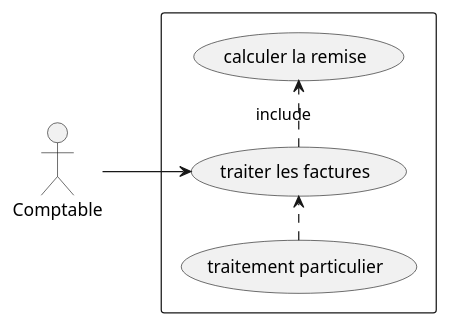
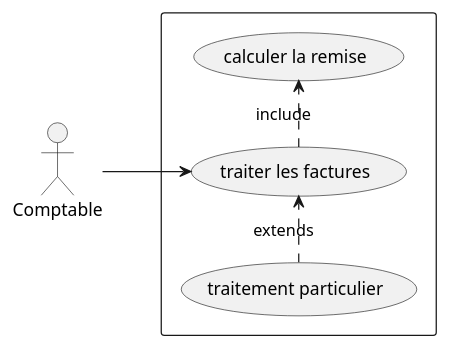
Before and after one commit to MaissaBm/PlantUML: the diagram in exo2.plantuml, drawn with PlantUML.

```diff
--- a/exo2.plantuml
+++ b/exo2.plantuml
@@ -1,11 +1,11 @@
 @startuml  exo2
 left to right direction
 actor "Comptable"
 rectangle {
   usecase "traiter les factures"
   Comptable --> (traiter les factures)
   (traiter les factures).> (calculer la remise): include
-  (traitement particulier).> (traiter les factures)
+  (traitement particulier).> (traiter les factures): extends
 }
 
 @enduml
```
